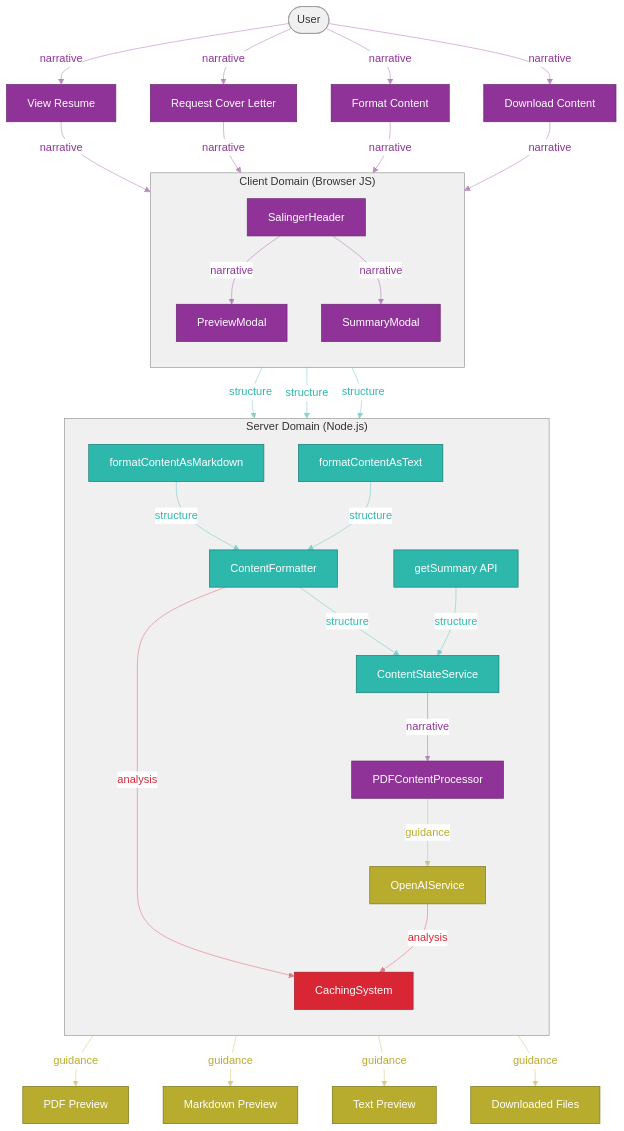
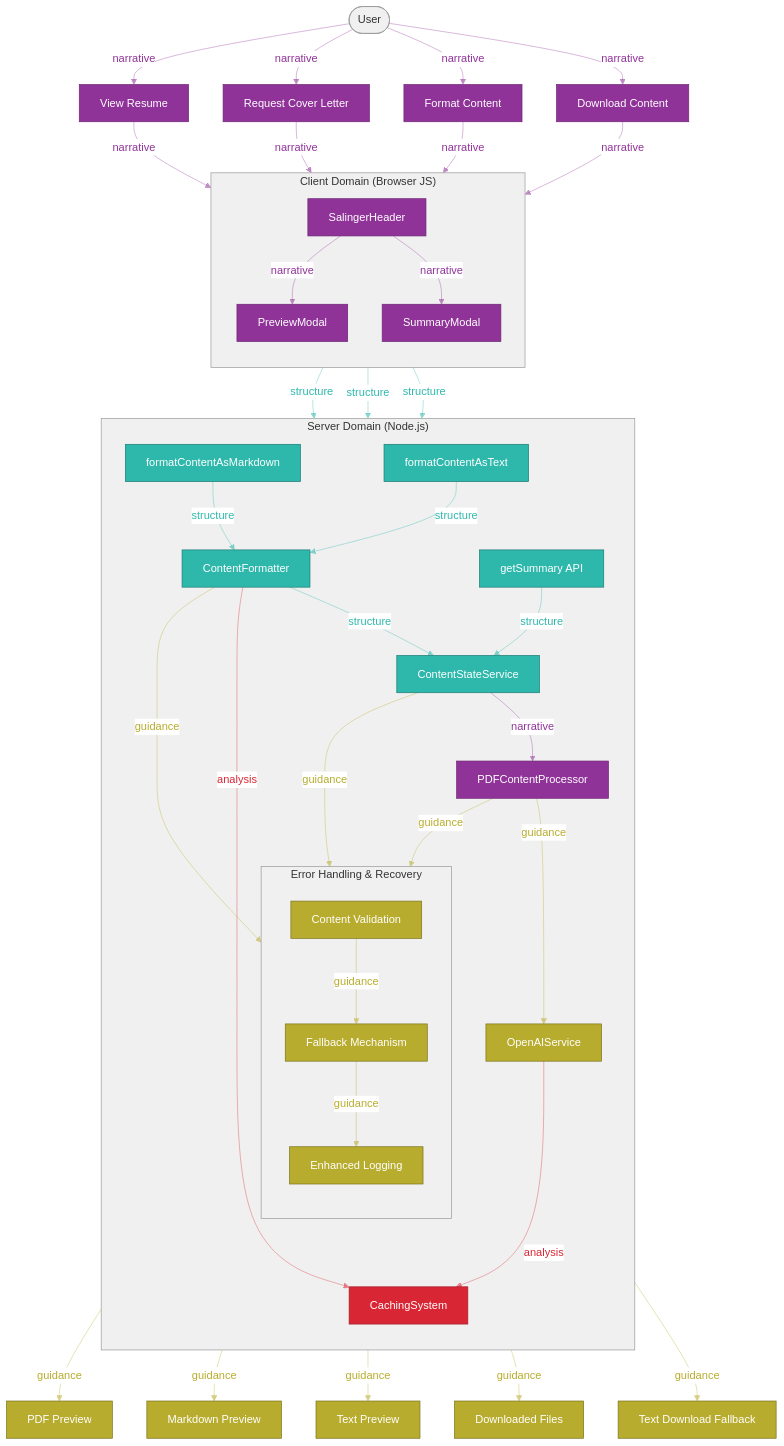
Before and after one commit to familiarcat/pbradygeorgen: the seventh of 9 diagrams in docs/architecture/ARCHITECTURE.md, drawn with Mermaid. The commit also changed other lines of this file and 120 other files, not shown here.

````diff
--- a/docs/architecture/ARCHITECTURE.md
+++ b/docs/architecture/ARCHITECTURE.md
@@ -871,6 +1073,14 @@
         PDFProcessor[PDFContentProcessor]:::salinger
         OpenAIService[OpenAIService]:::dante
         CachingSystem[CachingSystem]:::derrida
+
+        %% Error Handling & Recovery
+        subgraph ErrorHandling["Error Handling & Recovery"]
+            direction TB
+            ValidationCheck[Content Validation]:::dante
+            FallbackMechanism[Fallback Mechanism]:::dante
+            ErrorLogging[Enhanced Logging]:::dante
+        end
     end
 
     SalingerHeader --> |"structure"| FormatMarkdown
@@ -900,15 +1110,32 @@
     OpenAIService --> |"analysis"| CachingSystem
     linkStyle 20 stroke:#d9263580,color:#d92635
 
+    %% Error Handling Connections
+    ContentFormatter --> |"guidance"| ValidationCheck
+    linkStyle 21 stroke:#b8ac2e80,color:#b8ac2e
+    ValidationCheck --> |"guidance"| FallbackMechanism
+    linkStyle 22 stroke:#b8ac2e80,color:#b8ac2e
+    FallbackMechanism --> |"guidance"| ErrorLogging
+    linkStyle 23 stroke:#b8ac2e80,color:#b8ac2e
+
+    ContentStateService --> |"guidance"| ErrorLogging
+    linkStyle 24 stroke:#b8ac2e80,color:#b8ac2e
+    PDFProcessor --> |"guidance"| ValidationCheck
+    linkStyle 25 stroke:#b8ac2e80,color:#b8ac2e
+
     %% Results
     ContentFormatter --> |"guidance"| PDFPreview[PDF Preview]:::dante
-    linkStyle 21 stroke:#b8ac2e80,color:#b8ac2e
+    linkStyle 26 stroke:#b8ac2e80,color:#b8ac2e
     ContentFormatter --> |"guidance"| MarkdownPreview[Markdown Preview]:::dante
-    linkStyle 22 stroke:#b8ac2e80,color:#b8ac2e
+    linkStyle 27 stroke:#b8ac2e80,color:#b8ac2e
     ContentFormatter --> |"guidance"| TextPreview[Text Preview]:::dante
-    linkStyle 23 stroke:#b8ac2e80,color:#b8ac2e
+    linkStyle 28 stroke:#b8ac2e80,color:#b8ac2e
     ContentFormatter --> |"guidance"| DownloadedFiles[Downloaded Files]:::dante
-    linkStyle 24 stroke:#b8ac2e80,color:#b8ac2e
+    linkStyle 29 stroke:#b8ac2e80,color:#b8ac2e
+
+    %% Fallback Results
+    FallbackMechanism --> |"guidance"| TextDownload[Text Download Fallback]:::dante
+    linkStyle 30 stroke:#b8ac2e80,color:#b8ac2e
 
     %% Style Definitions
     classDef hesse fill:#2eb8ac,stroke:#1D7A73,color:#FFFFFF,shape:rect
@@ -919,4 +1146,5 @@
     %% Domain styling
     classDef ClientDomain fill:#f3f1f4,stroke:#d6c2d4,color:#555555,stroke-width:2px,stroke-dasharray: 0
     classDef ServerDomain fill:#f1f4f3,stroke:#c2d6d4,color:#444444,stroke-width:2px,stroke-dasharray: 5
+    classDef ErrorHandling fill:#f1f4f3,stroke:#c2d6d4,color:#444444,stroke-width:2px,stroke-dasharray: 5
 ```
````
